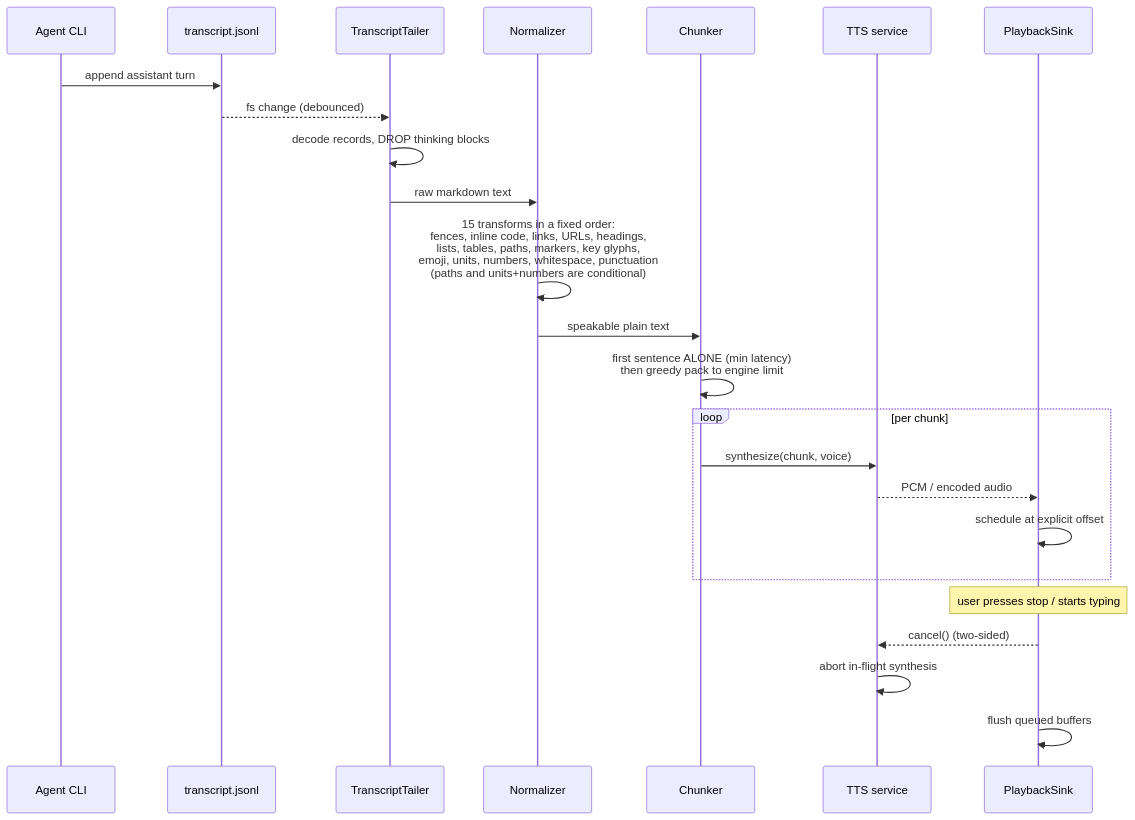
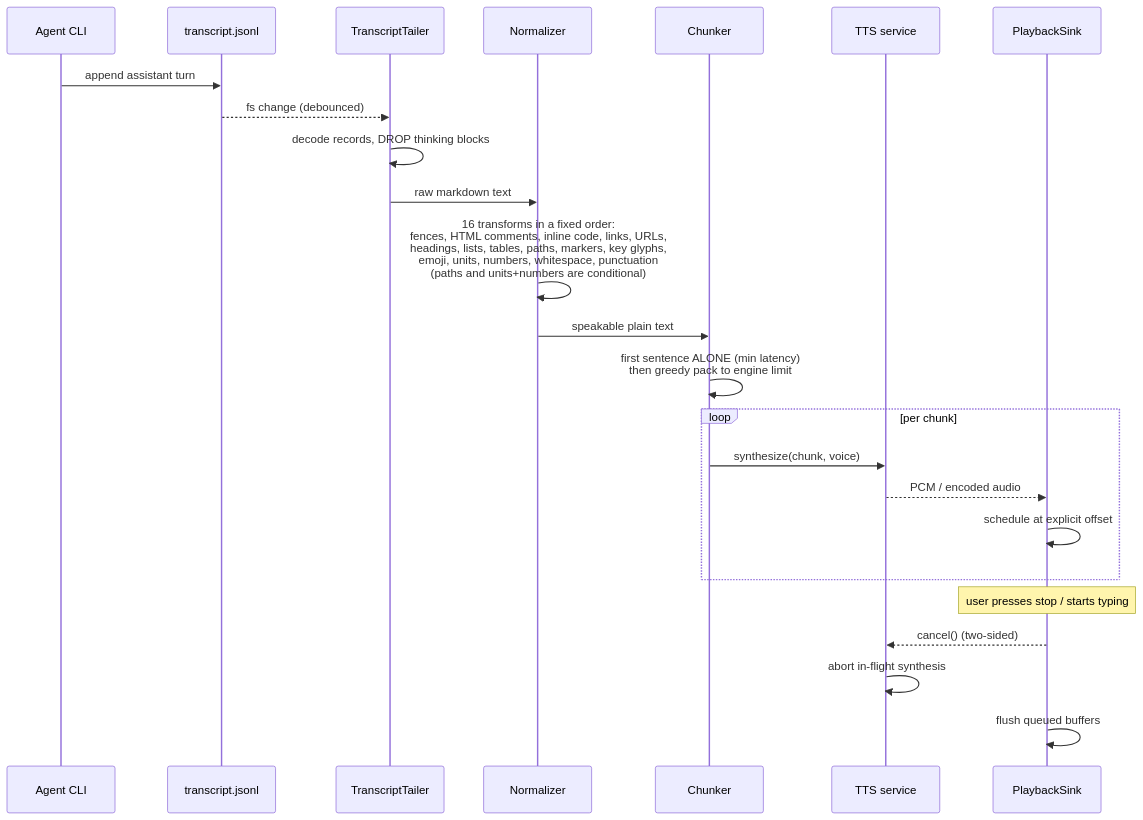
The second of 4 diagrams in docs/architecture.md (YoraiLevi/2026-08-orca-plugin-tts-archived), drawn with Mermaid before and after one commit. The commit also changed 14 other files, not shown here.

````diff
--- a/docs/architecture.md
+++ b/docs/architecture.md
@@ -81,27 +81,27 @@
 ```mermaid
 sequenceDiagram
     participant A as Agent CLI
     participant J as transcript.jsonl
     participant T as TranscriptTailer
     participant N as Normalizer
     participant C as Chunker
     participant S as TTS service
     participant P as PlaybackSink
 
     A->>J: append assistant turn
     J-->>T: fs change (debounced)
     T->>T: decode records, DROP thinking blocks
     T->>N: raw markdown text
-    N->>N: 15 transforms in a fixed order:<br/>fences, inline code, links, URLs, headings,<br/>lists, tables, paths, markers, key glyphs,<br/>emoji, units, numbers, whitespace, punctuation<br/>(paths and units+numbers are conditional)
+    N->>N: 16 transforms in a fixed order:<br/>fences, HTML comments, inline code, links, URLs,<br/>headings, lists, tables, paths, markers, key glyphs,<br/>emoji, units, numbers, whitespace, punctuation<br/>(paths and units+numbers are conditional)
     N->>C: speakable plain text
     C->>C: first sentence ALONE (min latency)<br/>then greedy pack to engine limit
     loop per chunk
         C->>S: synthesize(chunk, voice)
         S-->>P: PCM / encoded audio
         P->>P: schedule at explicit offset
     end
     Note over P: user presses stop / starts typing
     P-->>S: cancel()  (two-sided)
     S->>S: abort in-flight synthesis
     P->>P: flush queued buffers
 ```
````
